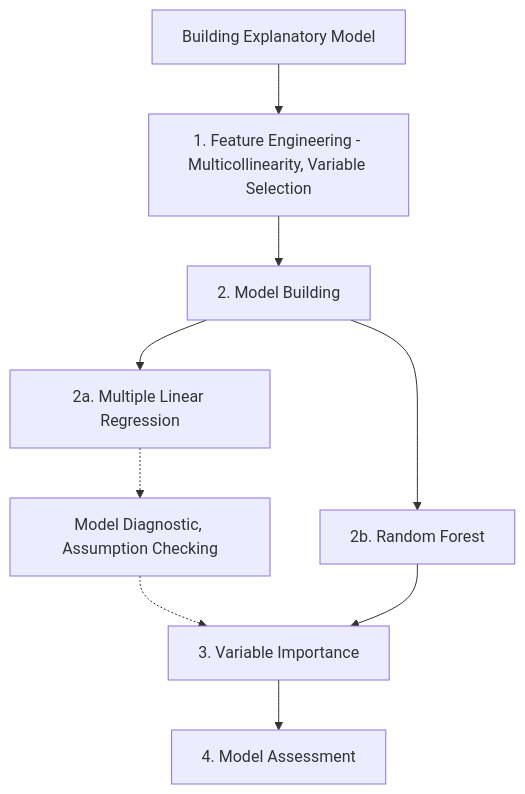
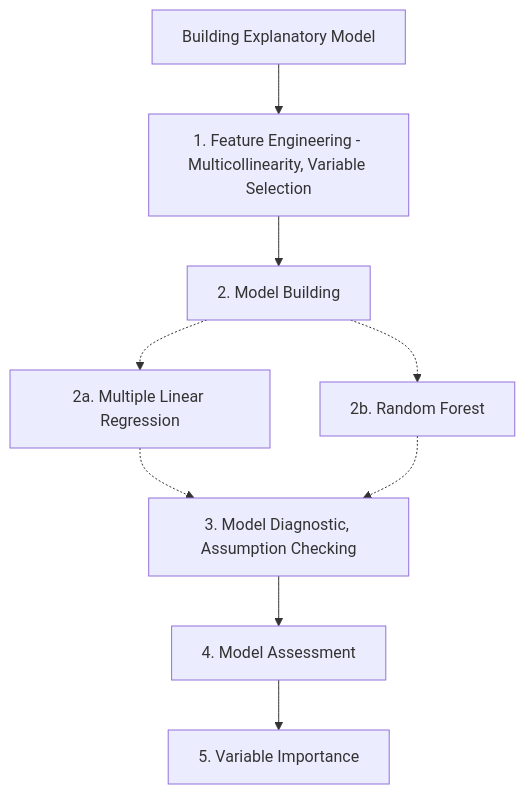
The diagram in Take-home_Ex/Take-home_Ex04/Take-home_Ex04.qmd (kytjy/ISSS608-VAA), drawn with Mermaid before and after one commit. The commit also changed other lines of this file and 43 other files, not shown here.

````diff
--- a/Take-home_Ex/Take-home_Ex04/Take-home_Ex04.qmd
+++ b/Take-home_Ex/Take-home_Ex04/Take-home_Ex04.qmd
@@ -50,14 +58,14 @@
 ```{mermaid}
 %%| fig-width: 8
 %%| echo: false
 
 flowchart TD
     A[Building Explanatory Model]-->B[1. Feature Engineering - Multicollinearity, Variable Selection]
     B-->C[2. Model Building]
-    C-->C1[2a. Multiple Linear Regression]
-    C--> C2[2b. Random Forest]
-    C1-.->F[Model Diagnostic, Assumption Checking]
-    F-.->E
-    C2 -->E[3. Variable Importance]
-    E-->D[4. Model Assessment]
+    C-.->C1[2a. Multiple Linear Regression]
+    C-.-> C2[2b. Random Forest]
+    C1-.->F[3. Model Diagnostic, Assumption Checking]
+    C2-.->F
+    F -->E[4. Model Assessment]
+    E-->D[5. Variable Importance]
 ```
````
